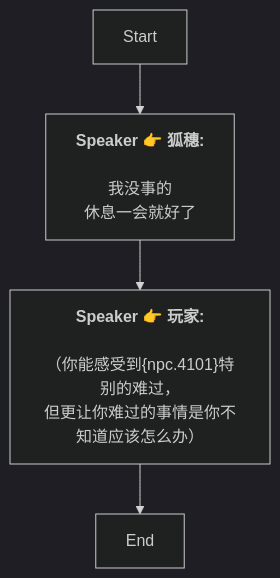
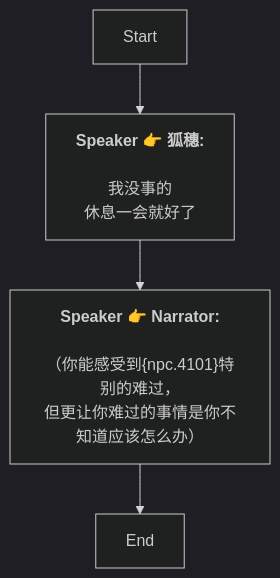
One commit to SoftHu/tos_avg changed the diagram in Zh/AddDialogNode_1738551309133086.md. Above: the diagram before and after it, drawn with Mermaid (dark theme). The commit also changed 312 other files, not shown here.

````diff
--- a/Zh/AddDialogNode_1738551309133086.md
+++ b/Zh/AddDialogNode_1738551309133086.md
@@ -1,13 +1,13 @@
 ```mermaid
 graph
 Start -->1738551382236449[<b>Speaker 👉 狐穗:</b>
 
 我没事的
 休息一会就好了]
-1738551382236449 -->1738551568188707[<b>Speaker 👉 玩家:</b>
+1738551382236449 -->1738551568188707[<b>Speaker 👉 Narrator:</b>
 
 （你能感受到&lbrace;npc.4101&rbrace;特别的难过，
 但更让你难过的事情是你不知道应该怎么办）]
 1738551568188707 -->1738551384198434[End]
 
  ```
````
